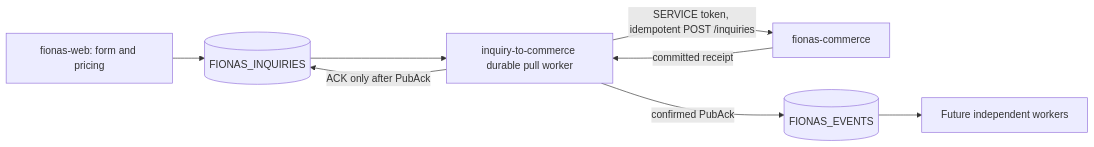
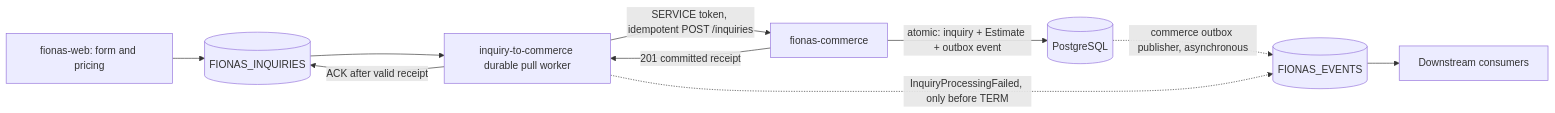
One commit to castab/fionas-event-workers changed the diagram in README.md. Above: the diagram before and after it, drawn with Mermaid. The commit also changed other lines of this file and 16 other files, not shown here.

First line of the commit message:
Hand success-event ownership to commerce outbox

````diff
--- a/README.md
+++ b/README.md
@@ -5,10 +5,12 @@
 ```mermaid
 flowchart LR
   Web[fionas-web: form and pricing] --> In[(FIONAS_INQUIRIES)]
   In --> Worker[inquiry-to-commerce durable pull worker]
   Worker -->|SERVICE token, idempotent POST /inquiries| Commerce[fionas-commerce]
-  Commerce -->|committed receipt| Worker
-  Worker -->|confirmed PubAck| Out[(FIONAS_EVENTS)]
-  Out --> Future[Future independent workers]
-  Worker -->|ACK only after PubAck| In
+  Commerce -->|"atomic: inquiry + Estimate + outbox event"| DB[(PostgreSQL)]
+  Commerce -->|"201 committed receipt"| Worker
+  Worker -->|"ACK after valid receipt"| In
+  DB -.->|"commerce outbox publisher, asynchronous"| Out[(FIONAS_EVENTS)]
+  Out --> Future[Downstream consumers]
+  Worker -.->|"InquiryProcessingFailed, only before TERM"| Out
 ```
````
